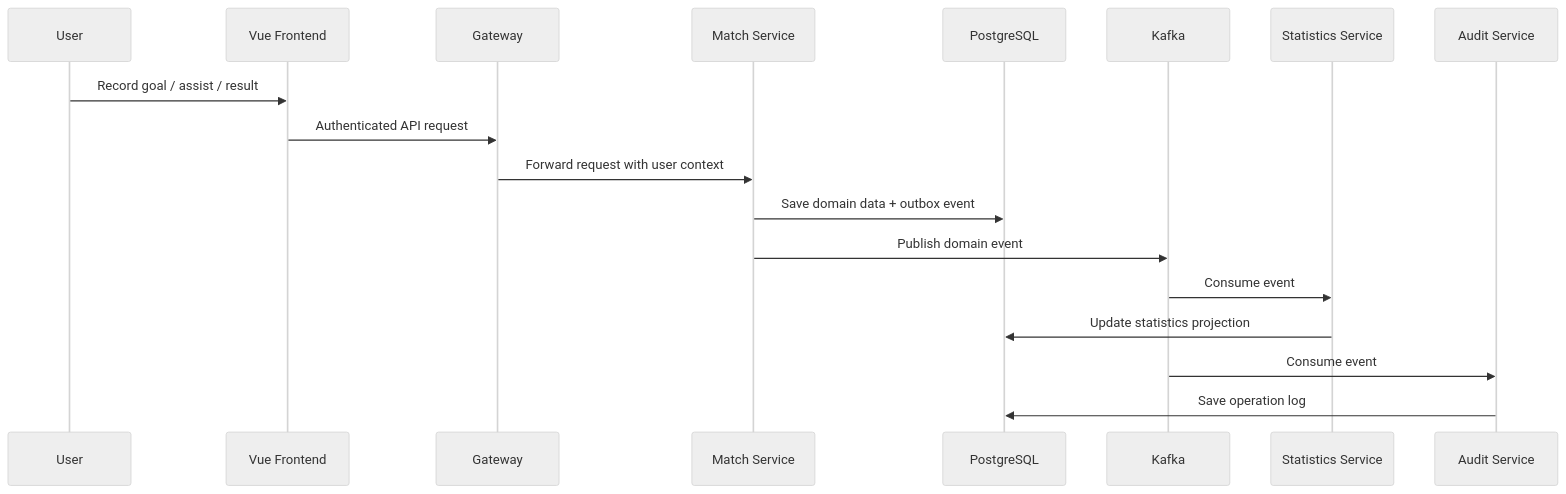
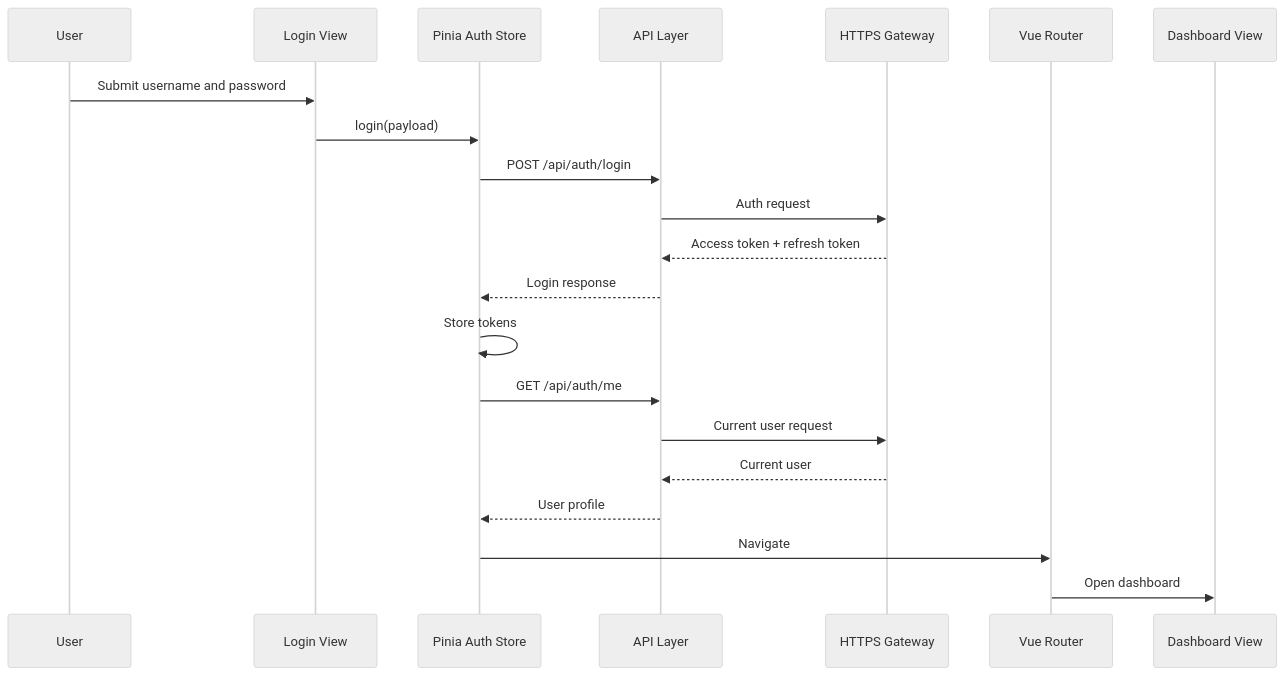
The second of 2 diagrams in README.md (Yukhoi/team-management-frontend), drawn with Mermaid (neutral theme) before and after one commit. The commit also changed other lines of this file and 1 other file, not shown here.

````diff
--- a/README.md
+++ b/README.md
@@ -201,21 +315,24 @@
 ```mermaid
 sequenceDiagram
   participant User
-  participant FE as Vue Frontend
-  participant GW as Gateway
-  participant Match as Match Service
-  participant DB as PostgreSQL
-  participant Kafka
-  participant Stats as Statistics Service
-  participant Audit as Audit Service
+  participant Login as Login View
+  participant Store as Pinia Auth Store
+  participant API as API Layer
+  participant Gateway as HTTPS Gateway
+  participant Router as Vue Router
+  participant Dashboard as Dashboard View
 
-  User->>FE: Record goal / assist / result
-  FE->>GW: Authenticated API request
-  GW->>Match: Forward request with user context
-  Match->>DB: Save domain data + outbox event
-  Match->>Kafka: Publish domain event
-  Kafka->>Stats: Consume event
-  Stats->>DB: Update statistics projection
-  Kafka->>Audit: Consume event
-  Audit->>DB: Save operation log
+  User->>Login: Submit username and password
+  Login->>Store: login(payload)
+  Store->>API: POST /api/auth/login
+  API->>Gateway: Auth request
+  Gateway-->>API: Access token + refresh token
+  API-->>Store: Login response
+  Store->>Store: Store tokens
+  Store->>API: GET /api/auth/me
+  API->>Gateway: Current user request
+  Gateway-->>API: Current user
+  API-->>Store: User profile
+  Store->>Router: Navigate
+  Router->>Dashboard: Open dashboard
 ```
````
